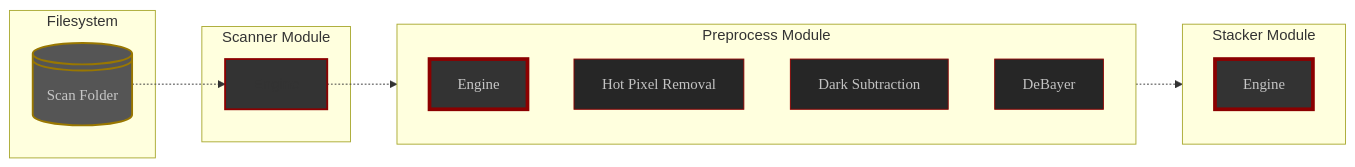
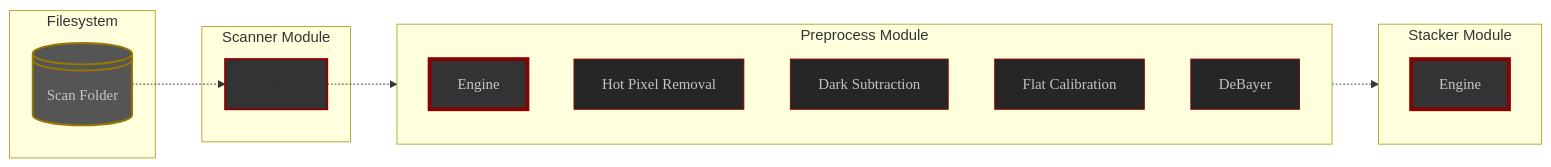
Before and after one commit to deufrai/als: the third of 4 diagrams in website/content/en/docs/v1.0/reference/modules/_index.md, drawn with Mermaid. The commit also changed other lines of this file and 1 other file, not shown here.

Commit message:
add flat calibration process to reference documentation's subs realms graph

````diff
--- a/website/content/en/docs/v1.0/reference/modules/_index.md
+++ b/website/content/en/docs/v1.0/reference/modules/_index.md
@@ -167,42 +167,44 @@
 ```mermaid
 flowchart LR
 
     subgraph Filesystem
         SCAN_FOLDER@{ shape: lin-cyl, label: "Scan Folder" }
     end
         
     subgraph Scanner Module 
         SCANNER_ENGINE[Engine]
     end
            
     subgraph Preprocess Module
         direction TB
         PREPROCESS_ENGINE[Engine]
         HOT_PIXEL[Hot Pixel Removal]
         DARK_SUB[Dark Subtraction]
+        FLAT_CAL[Flat Calibration]
         DEBAYER[DeBayer]
     end  
 
     subgraph Stacker Module
         direction TB
         STACK_ENGINE[Engine]
     end
 
     SCAN_FOLDER -.-> SCANNER_ENGINE
     SCANNER_ENGINE -.-> PREPROCESS_ENGINE
     PREPROCESS_ENGINE -.-> STACK_ENGINE
     
     classDef module fill:#333,stroke:darkred,stroke-width:2px
     classDef main_module fill:#333,stroke:darkred,stroke-width:4px,color:#c6c6c6,font-family:'Poppins',sans-serif
     classDef process fill:#262626,stroke:darkred,stroke-width:1px,color:#c3c3c3,font-family:'Poppins',sans-serif
     classDef folder fill:#555,stroke:#970,stroke-width:2px,color:#c6c6c6,font-family:'Poppins',sans-serif
     classDef display fill:#555,stroke:#222,stroke-width:2px,color:#c6c6c6,font-family:'Poppins',sans-serif
     
     class SCANNER_ENGINE module
     class PREPROCESS_ENGINE main_module
     class STACK_ENGINE main_module
     class HOT_PIXEL process
     class DARK_SUB process
+    class FLAT_CAL process
     class DEBAYER process
     class SCAN_FOLDER folder
 ```
````
